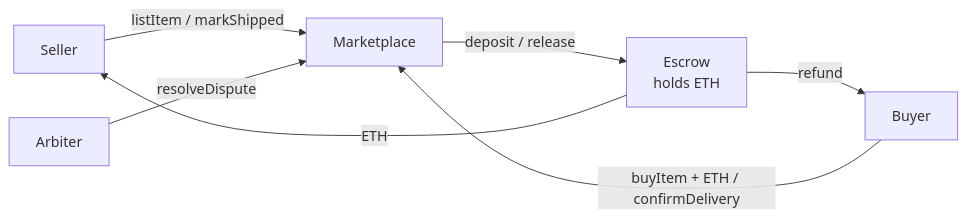
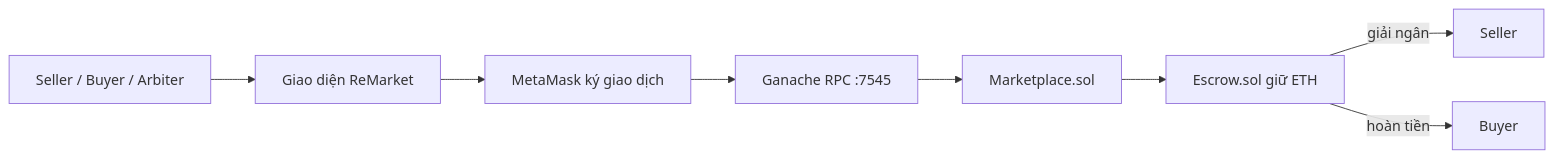
The first of 2 diagrams in README.md (TNT87-zd/Secondhand-Market), drawn with Mermaid before and after one commit. The commit also changed other lines of this file and 18 other files, not shown here.

````diff
--- a/README.md
+++ b/README.md
@@ -42,9 +46,10 @@
 ```mermaid
 flowchart LR
-    S[Seller] -- listItem / markShipped --> M[Marketplace]
-    B[Buyer] -- buyItem + ETH / confirmDelivery --> M
-    A[Arbiter] -- resolveDispute --> M
-    M -- deposit / release --> E[Escrow<br/>holds ETH]
-    E -- ETH --> S
-    E -- refund --> B
+    U[Seller / Buyer / Arbiter] --> UI[Giao diện ReMarket]
+    UI --> MM[MetaMask ký giao dịch]
+    MM --> RPC[Ganache RPC :7545]
+    RPC --> M[Marketplace.sol]
+    M --> E[Escrow.sol giữ ETH]
+    E -->|giải ngân| S[Seller]
+    E -->|hoàn tiền| B[Buyer]
 ```
````
